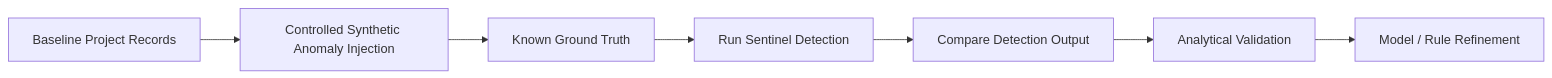
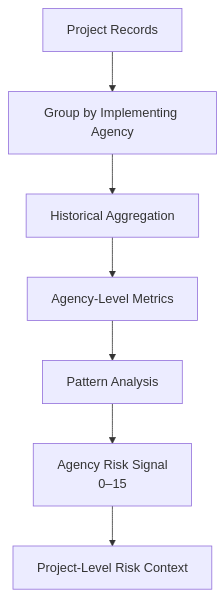
Before and after one commit to the-nidhi-bhat/mplads-sentinel: the sixth of 32 diagrams in README.md, drawn with Mermaid. The commit also changed other lines of this file, not shown here.

````diff
--- a/README.md
+++ b/README.md
@@ -745,16 +297,16 @@
 ```mermaid
-flowchart LR
+flowchart TB
 
-    A["Baseline Project Records"]
-    --> B["Controlled Synthetic Anomaly Injection"]
+    A["Project Records"]
+    --> B["Group by Implementing Agency"]
 
-    B --> C["Known Ground Truth"]
+    B --> C["Historical Aggregation"]
 
-    C --> D["Run Sentinel Detection"]
+    C --> D["Agency-Level Metrics"]
 
-    D --> E["Compare Detection Output"]
+    D --> E["Pattern Analysis"]
 
-    E --> F["Analytical Validation"]
+    E --> F["Agency Risk Signal<br/>0–15"]
 
-    F --> G["Model / Rule Refinement"]
+    F --> G["Project-Level Risk Context"]
 ```
````
